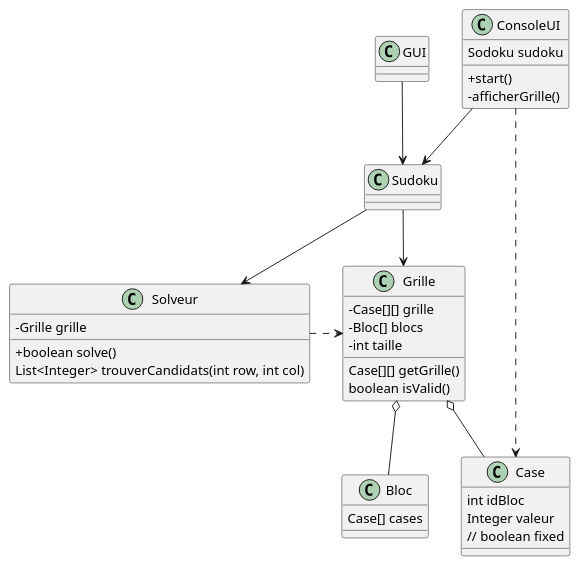
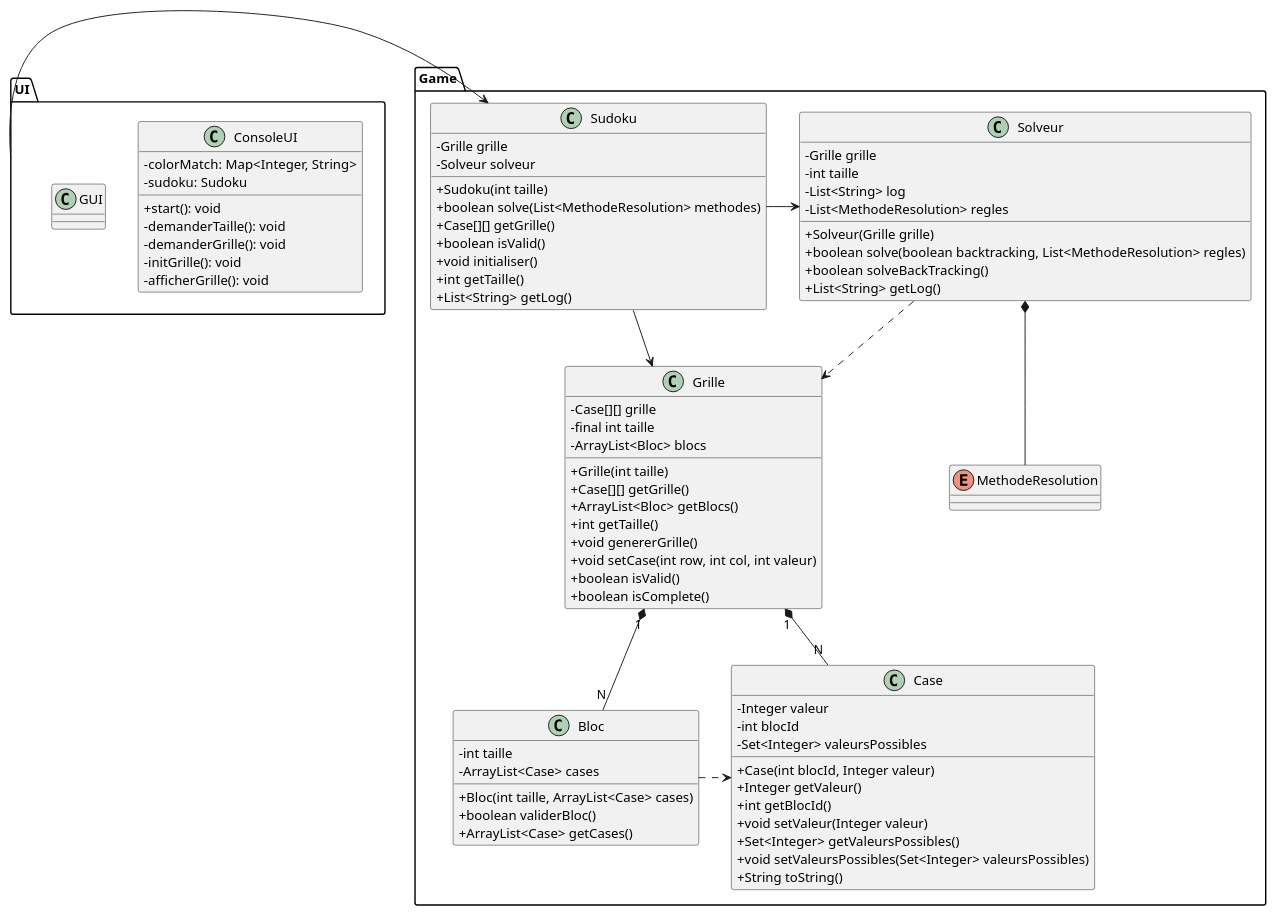
Before and after one commit to R0-M1/Sudoku: the diagram in doc/ClassDiagram.puml, drawn with PlantUML.

```diff
--- a/doc/ClassDiagram.puml
+++ b/doc/ClassDiagram.puml
@@ -1,61 +1,99 @@
 @startuml
 'https://plantuml.com/class-diagram
 skinparam classAttributeIconSize 0
 
-class ConsoleUI {
-Sodoku sudoku
-
-
-+start()
--afficherGrille()
+package UI {
+    class ConsoleUI {
+        - colorMatch: Map<Integer, String>
+        - sudoku: Sudoku
+        + start(): void
+        - demanderTaille(): void
+        - demanderGrille(): void
+        - initGrille(): void
+        - afficherGrille(): void
+    }
+    
+    class GUI {
+        
+    }
 }
 
-class GUI {
+UI -> Game.Sudoku
 
+package Game {
+    class Case {
+        - Integer valeur
+        - int blocId
+        - Set<Integer> valeursPossibles
+        
+        + Case(int blocId, Integer valeur)
+        + Integer getValeur()
+        + int getBlocId()
+        + void setValeur(Integer valeur)
+        + Set<Integer> getValeursPossibles()
+        + void setValeursPossibles(Set<Integer> valeursPossibles)
+        + String toString()
+    }
+
+    class Bloc {
+        - int taille
+        - ArrayList<Case> cases
+
+        + Bloc(int taille, ArrayList<Case> cases)
+        + boolean validerBloc()
+        + ArrayList<Case> getCases()
+    }
+
+    class Grille {
+        - Case[][] grille
+        - final int taille
+        - ArrayList<Bloc> blocs
+        
+        + Grille(int taille)
+        + Case[][] getGrille()
+        + ArrayList<Bloc> getBlocs()
+        + int getTaille()
+        + void genererGrille()
+        + void setCase(int row, int col, int valeur)
+        + boolean isValid()
+        + boolean isComplete()
+    }
+
+    class Sudoku {
+        - Grille grille
+        - Solveur solveur
+
+        + Sudoku(int taille)
+        + boolean solve(List<MethodeResolution> methodes)
+        + Case[][] getGrille()
+        + boolean isValid()
+        + void initialiser()
+        + int getTaille()
+        + List<String> getLog()
+    }
+
+    class Solveur {
+        - Grille grille
+        - int taille
+        - List<String> log
+        - List<MethodeResolution> regles
+
+        + Solveur(Grille grille)
+        + boolean solve(boolean backtracking, List<MethodeResolution> regles)
+        + boolean solveBackTracking()
+        + List<String> getLog()
+    }
+
+    enum MethodeResolution {
+    }
+
+  
+    Grille "1" *-- "N" Case
+    Grille "1" *-- "N" Bloc
+    Bloc .> Case
+    Sudoku -> Grille
+    Sudoku -> Solveur
+    Solveur ..>  Grille
+    Solveur *-- MethodeResolution
 }
-
-GUI --> Sudoku
-ConsoleUI --> Sudoku
-ConsoleUI ..> Case
-
-Class Sudoku {
-
-}
-
-Sudoku --> Grille
-Sudoku --> Solveur
-
-class Solveur {
--Grille grille
-
-+boolean solve()
-List<Integer> trouverCandidats(int row, int col)
-}
-
-Solveur .> Grille
-
-
-class Grille {
--Case[][] grille
--Bloc[] blocs
--int taille
-
-Case[][] getGrille()
-boolean isValid()
-}
-
-Grille o-- Case
-Grille o-- Bloc
-
-class Bloc {
-Case[] cases
-}
-
-
-class Case {
-int idBloc
-Integer valeur
-// boolean fixed
-}
-
 @enduml
```
